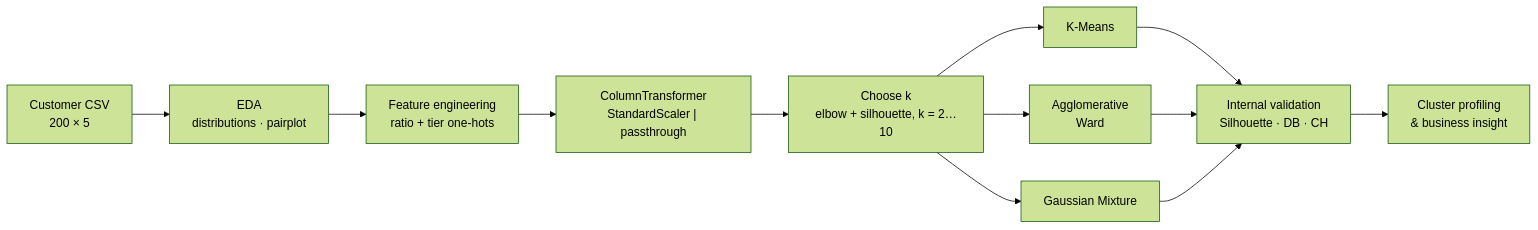
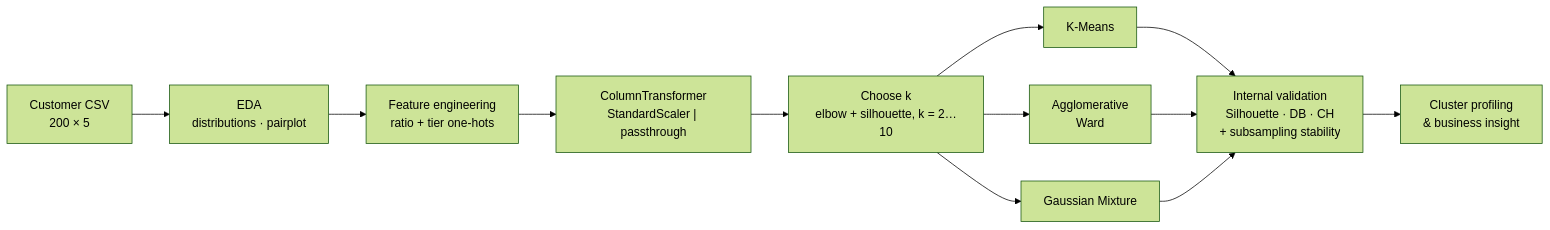
One commit to pufferfish3e/unsupervised-learning changed the first of 2 diagrams in README.md. Above: the diagram before and after it, drawn with Mermaid (forest theme). The commit also changed other lines of this file and 3 other files, not shown here.

````diff
--- a/README.md
+++ b/README.md
@@ -46,12 +48,12 @@
 ```mermaid
 flowchart LR
     A[Customer CSV<br/>200 × 5] --> B[EDA<br/>distributions · pairplot]
     B --> C[Feature engineering<br/>ratio + tier one-hots]
     C --> D["ColumnTransformer<br/>StandardScaler | passthrough"]
     D --> E[Choose k<br/>elbow + silhouette, k = 2…10]
     E --> F1[K-Means]
     E --> F2[Agglomerative<br/>Ward]
     E --> F3[Gaussian Mixture]
-    F1 & F2 & F3 --> G[Internal validation<br/>Silhouette · DB · CH]
+    F1 & F2 & F3 --> G[Internal validation<br/>Silhouette · DB · CH<br/>+ subsampling stability]
     G --> H[Cluster profiling<br/>& business insight]
 ```
````
